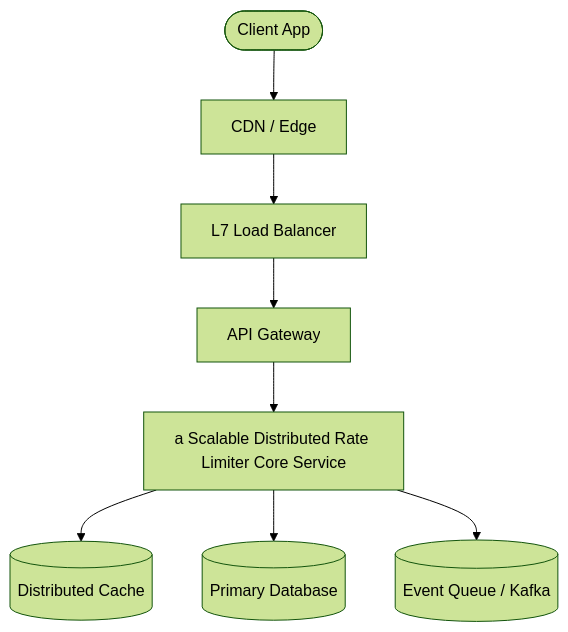
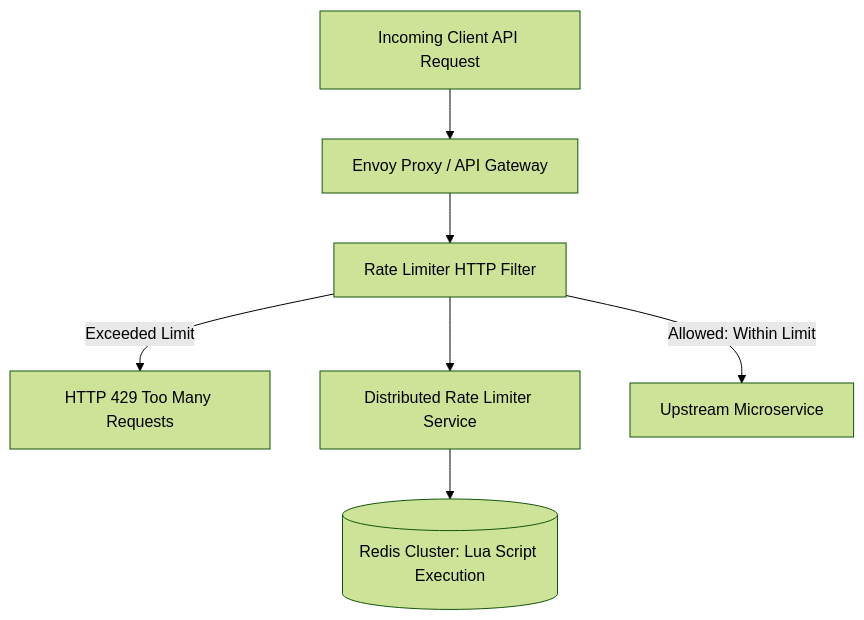
The diagram in docs/19-case-studies/03-rate-limiter.md (Umair9966/system-design-handbook), drawn with Mermaid (forest theme) before and after one commit. The commit also changed other lines of this file and 237 other files, not shown here.

````diff
--- a/docs/19-case-studies/03-rate-limiter.md
+++ b/docs/19-case-studies/03-rate-limiter.md
@@ -44,10 +5,10 @@
 ```mermaid
 graph TD
-    Client([Client App]) --> CDN[CDN / Edge]
-    CDN --> LB[L7 Load Balancer]
-    LB --> Gateway[API Gateway]
-    Gateway --> Service[a Scalable Distributed Rate Limiter Core Service]
-    Service --> Cache[(Distributed Cache)]
-    Service --> PrimaryDB[(Primary Database)]
-    Service --> MessageQueue[(Event Queue / Kafka)]
+    Client[Incoming Client API Request] --> Edge[Envoy Proxy / API Gateway]
+    Edge --> Filter[Rate Limiter HTTP Filter]
+    Filter --> RL_Svc[Distributed Rate Limiter Service]
+    RL_Svc --> Redis[(Redis Cluster: Lua Script Execution)]
+    
+    Filter -->|Allowed: Within Limit| Backend[Upstream Microservice]
+    Filter -->|Exceeded Limit| 429[HTTP 429 Too Many Requests]
 ```
````
